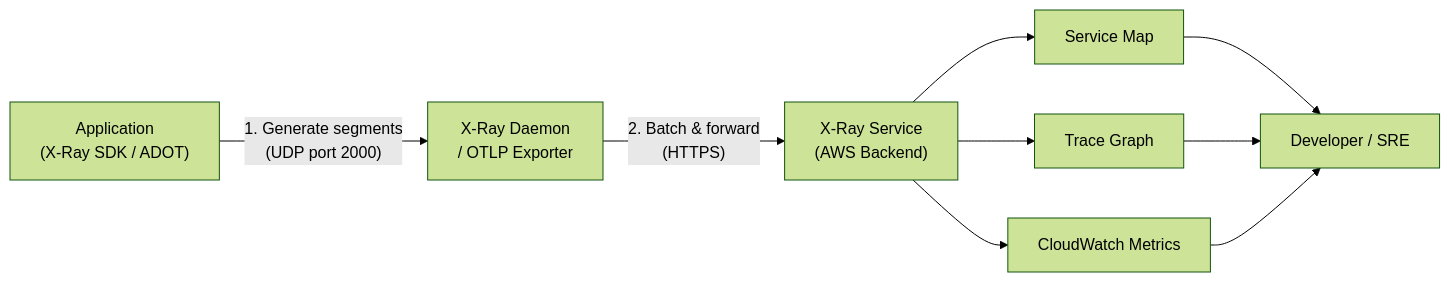
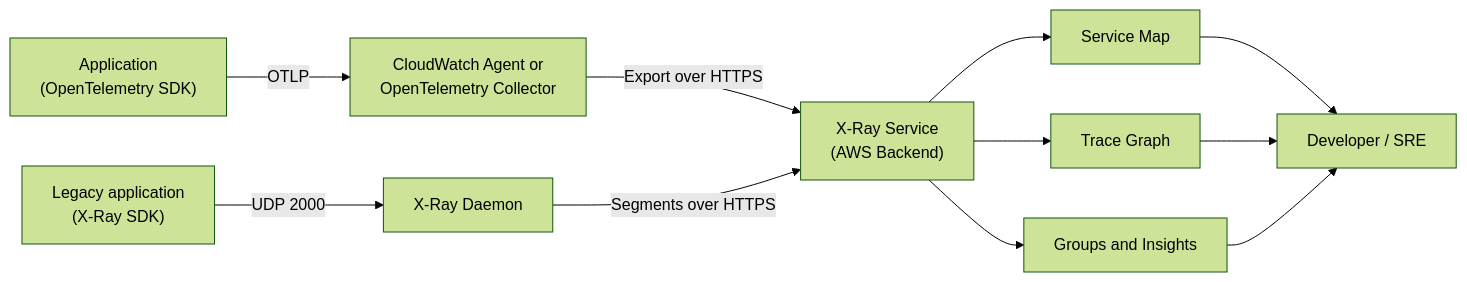
One commit to AlexanderBesss/AWS_best_praactices changed the first of 2 diagrams in Monitoring/X-Ray-Best-Practices.md. Above: the diagram before and after it, drawn with Mermaid (forest theme). The commit also changed other lines of this file and 31 other files, not shown here.

````diff
--- a/Monitoring/X-Ray-Best-Practices.md
+++ b/Monitoring/X-Ray-Best-Practices.md
@@ -27,11 +28,13 @@
 ```mermaid
 flowchart LR
-    A["Application\n(X-Ray SDK / ADOT)"] -->|"1. Generate segments\n(UDP port 2000)"| B["X-Ray Daemon\n/ OTLP Exporter"]
-    B -->|"2. Batch & forward\n(HTTPS)"| C["X-Ray Service\n(AWS Backend)"]
-    C --> D["Service Map"]
+    A["Application\n(OpenTelemetry SDK)"] -->|"OTLP"| B["CloudWatch Agent or\nOpenTelemetry Collector"]
+    L["Legacy application\n(X-Ray SDK)"] -->|"UDP 2000"| XD["X-Ray Daemon"]
+    B -->|"Export over HTTPS"| C["X-Ray Service\n(AWS Backend)"]
+    XD -->|"Segments over HTTPS"| C
+    C --> SM["Service Map"]
     C --> E["Trace Graph"]
-    C --> F["CloudWatch Metrics"]
-    D --> G["Developer / SRE"]
+    C --> F["Groups and Insights"]
+    SM --> G["Developer / SRE"]
     E --> G
     F --> G
 ```
````
